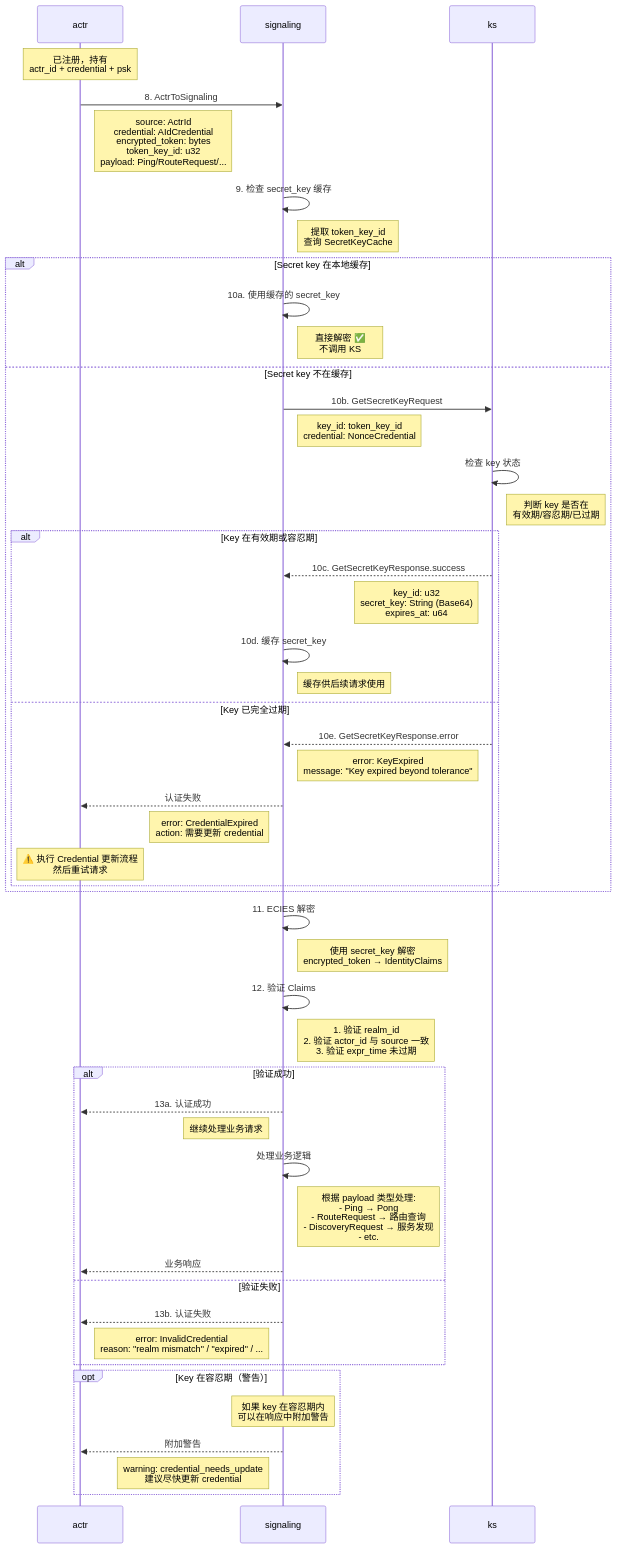
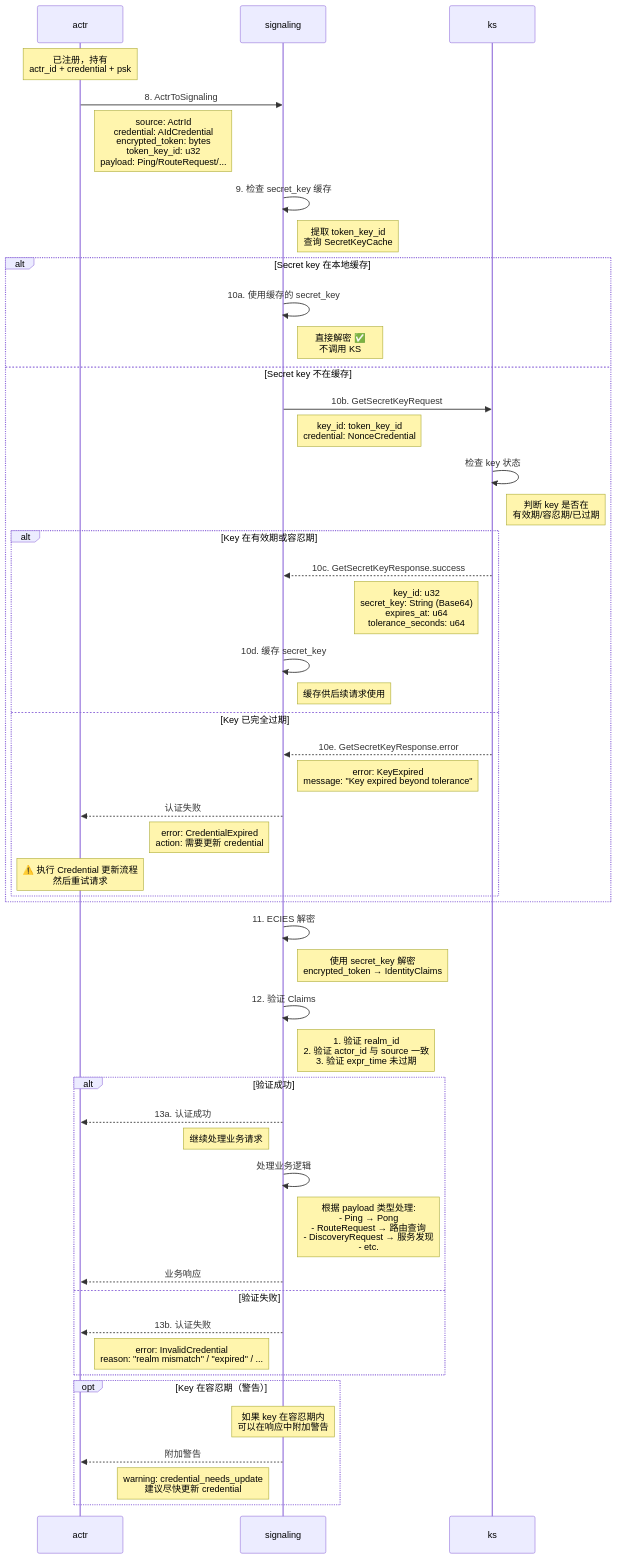
Before and after one commit to actor-rtc/actor-rtc.github.io: the diagram in zh-hans/5.2-authentication-flow.md, drawn with Mermaid. The commit also changed 1 other file, not shown here.

Commit message:
fix: Ensure consistency between the document pic of 5.1 and 5.2

````diff
--- a/zh-hans/5.2-authentication-flow.md
+++ b/zh-hans/5.2-authentication-flow.md
@@ -9,70 +9,70 @@
 ```mermaid
 sequenceDiagram
     participant actr as actr
     participant signaling as signaling
     participant ks as ks
 
     Note over actr: 已注册，持有<br/>actr_id + credential + psk
 
     actr->>signaling: 8. ActrToSignaling
     Note right of actr: source: ActrId<br/>credential: AIdCredential<br/>  encrypted_token: bytes<br/>  token_key_id: u32<br/>payload: Ping/RouteRequest/...
 
     signaling->>signaling: 9. 检查 secret_key 缓存
     Note right of signaling: 提取 token_key_id<br/>查询 SecretKeyCache
 
     alt Secret key 在本地缓存
         signaling->>signaling: 10a. 使用缓存的 secret_key
         Note right of signaling: 直接解密 ✅<br/>不调用 KS
         
     else Secret key 不在缓存
         signaling->>ks: 10b. GetSecretKeyRequest
         Note right of signaling: key_id: token_key_id<br/>credential: NonceCredential
         
         ks->>ks: 检查 key 状态
         Note right of ks: 判断 key 是否在<br/>有效期/容忍期/已过期
         
         alt Key 在有效期或容忍期
             ks-->>signaling: 10c. GetSecretKeyResponse.success
-            Note left of ks: key_id: u32<br/>secret_key: String (Base64)<br/>expires_at: u64
+            Note left of ks: key_id: u32<br/>secret_key: String (Base64)<br/>expires_at: u64<br/>tolerance_seconds: u64
             
             signaling->>signaling: 10d. 缓存 secret_key
             Note right of signaling: 缓存供后续请求使用
             
         else Key 已完全过期
             ks-->>signaling: 10e. GetSecretKeyResponse.error
             Note left of ks: error: KeyExpired<br/>message: "Key expired beyond tolerance"
             
             signaling-->>actr: 认证失败
             Note left of signaling: error: CredentialExpired<br/>action: 需要更新 credential
             
             Note over actr: ⚠️ 执行 Credential 更新流程<br/>然后重试请求
         end
     end
 
     signaling->>signaling: 11. ECIES 解密
     Note right of signaling: 使用 secret_key 解密<br/>encrypted_token → IdentityClaims
 
     signaling->>signaling: 12. 验证 Claims
     Note right of signaling: 1. 验证 realm_id<br/>2. 验证 actor_id 与 source 一致<br/>3. 验证 expr_time 未过期
 
     alt 验证成功
         signaling-->>actr: 13a. 认证成功
         Note left of signaling: 继续处理业务请求
         
         signaling->>signaling: 处理业务逻辑
         Note right of signaling: 根据 payload 类型处理:<br/>- Ping → Pong<br/>- RouteRequest → 路由查询<br/>- DiscoveryRequest → 服务发现<br/>- etc.
         
         signaling-->>actr: 业务响应
         
     else 验证失败
         signaling-->>actr: 13b. 认证失败
         Note left of signaling: error: InvalidCredential<br/>reason: "realm mismatch" / "expired" / ...
     end
 
     opt Key 在容忍期（警告）
         Note over signaling: 如果 key 在容忍期内<br/>可以在响应中附加警告
         
         signaling-->>actr: 附加警告
         Note left of signaling: warning: credential_needs_update<br/>建议尽快更新 credential
     end
 ```
````
